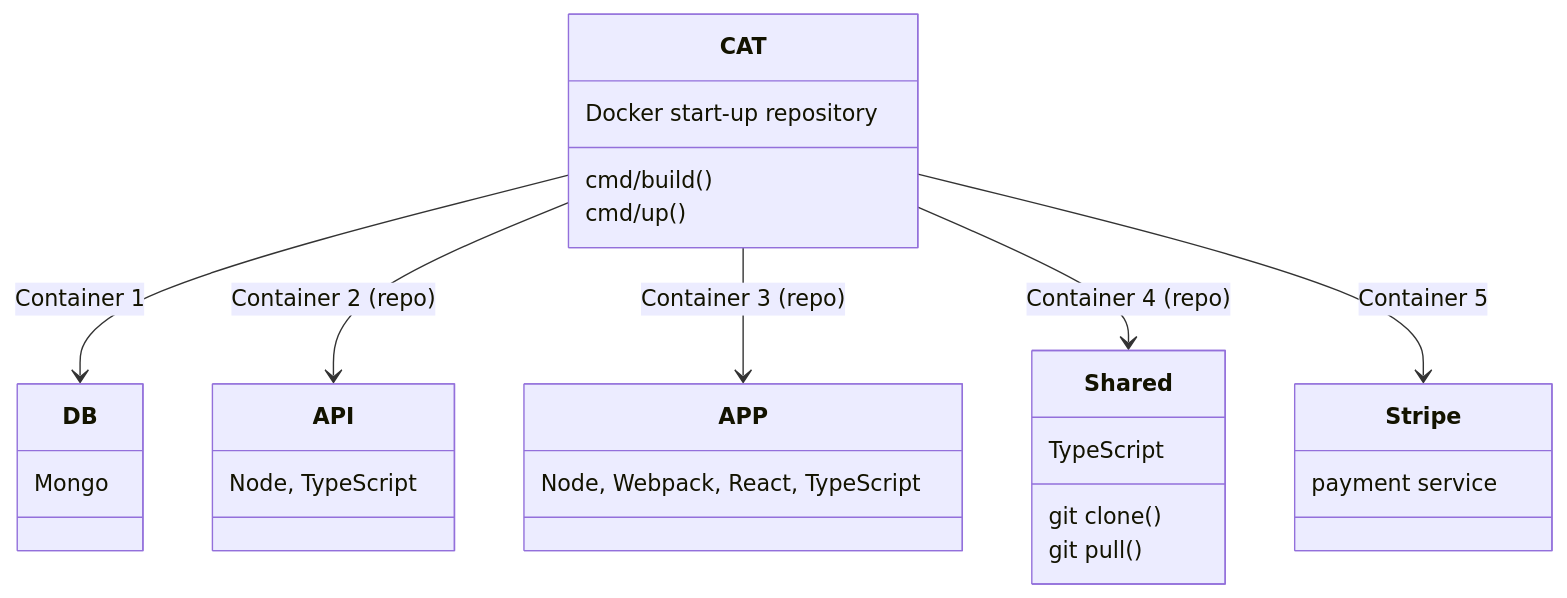
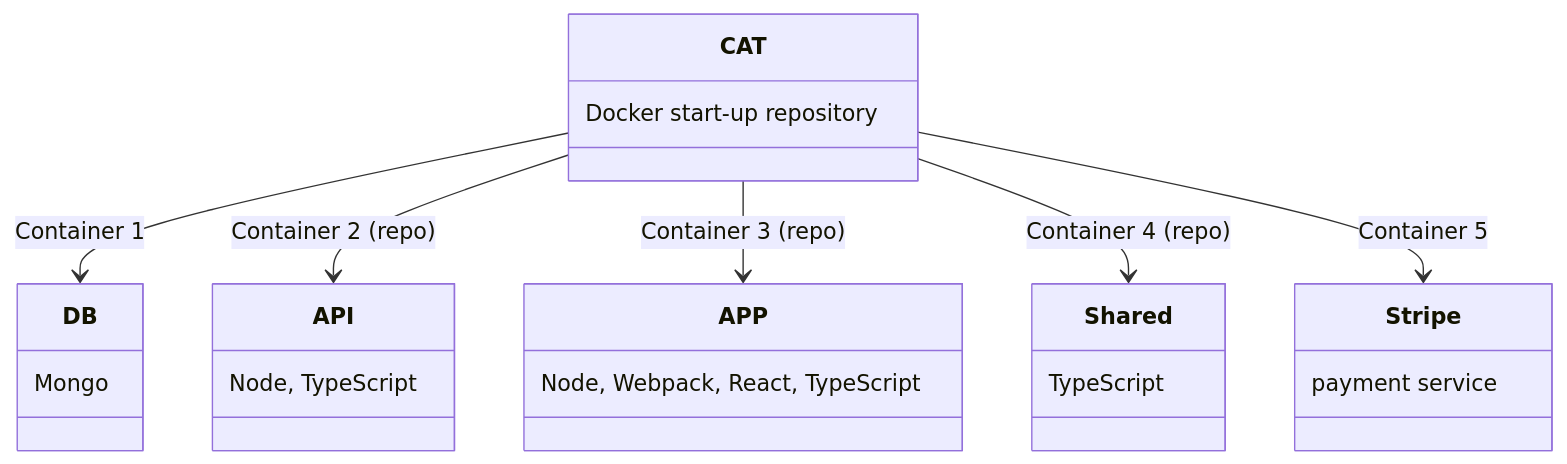
One commit to Karmello/cat-start changed the diagram in README.md. Above: the diagram before and after it, drawn with Mermaid.

````diff
--- a/README.md
+++ b/README.md
@@ -8,18 +8,14 @@
 ```mermaid
 classDiagram
 CAT: Docker start-up repository
-CAT: cmd/build()
-CAT: cmd/up()
 DB: Mongo
 API: Node, TypeScript
 APP: Node, Webpack, React, TypeScript
 Shared: TypeScript
-Shared: git clone()
-Shared: git pull()
 Stripe: payment service
 CAT --> DB : Container 1
 CAT --> API : Container 2 (repo)
 CAT --> APP : Container 3 (repo)
 CAT --> Shared : Container 4 (repo)
 CAT --> Stripe : Container 5
 ```
````
